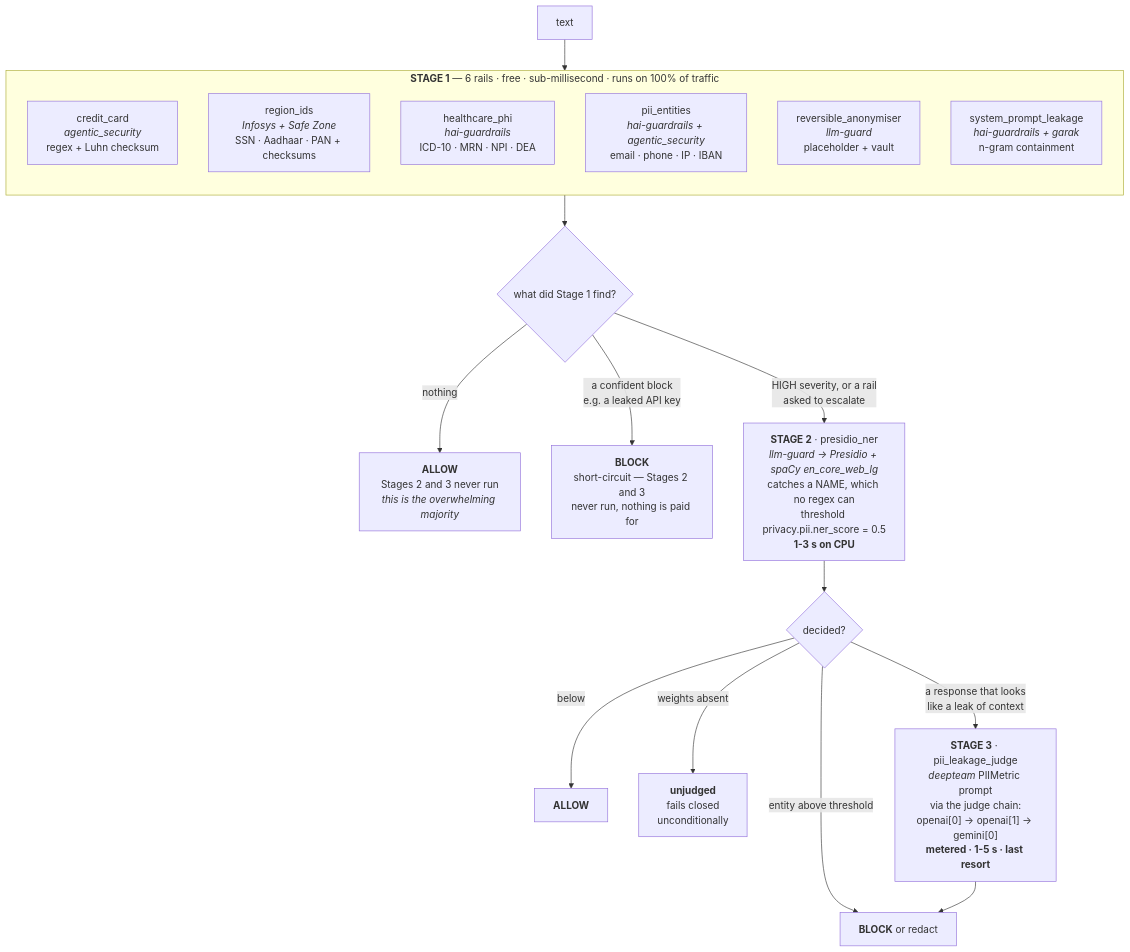
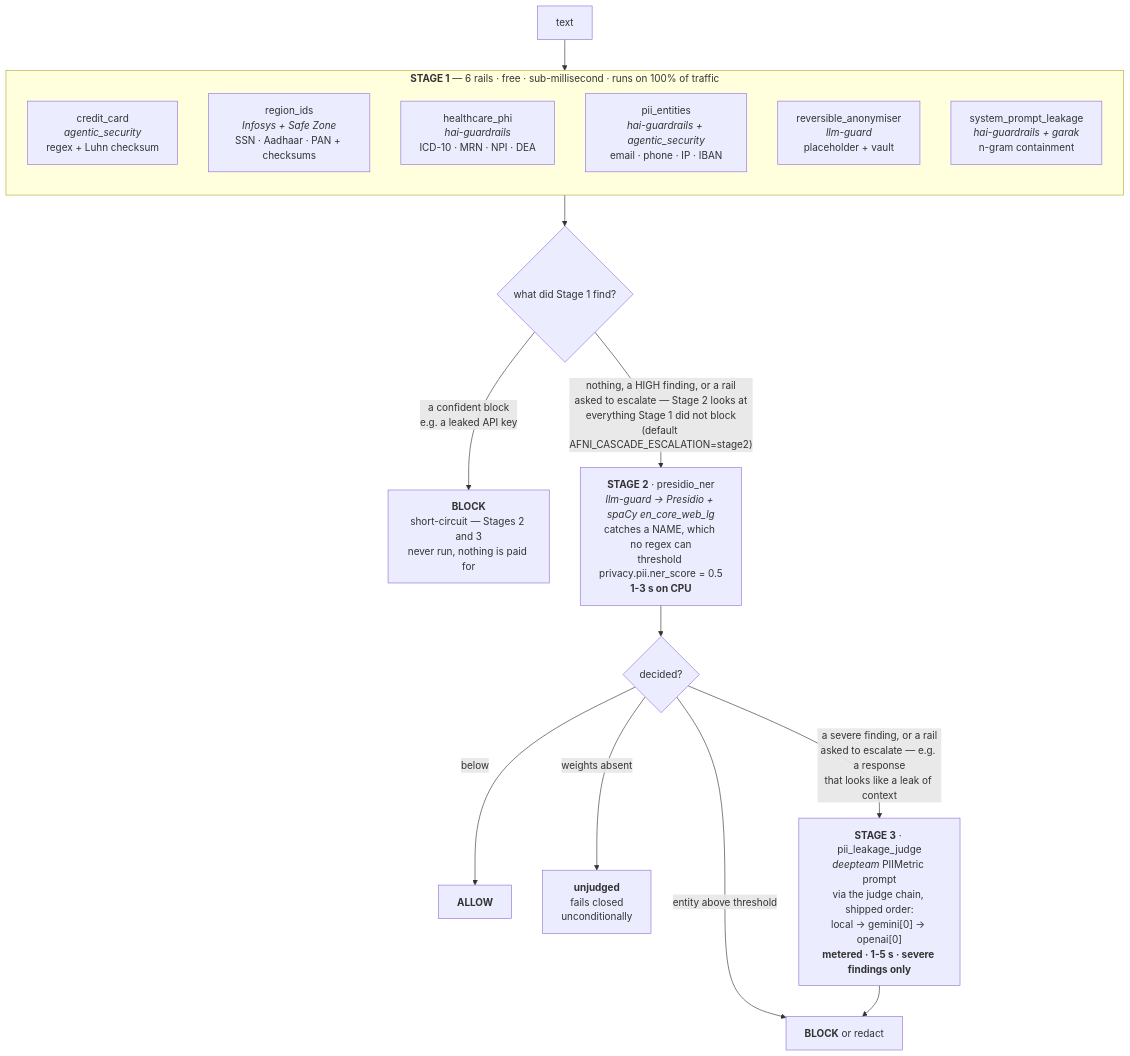
Before and after one commit to saimuthiki/RAI_AFNI: the fourth of 4 diagrams in docs/architecture.md, drawn with Mermaid. The commit also changed other lines of this file and 14 other files, not shown here.

````diff
--- a/docs/architecture.md
+++ b/docs/architecture.md
@@ -247,31 +253,30 @@
 ```mermaid
 flowchart TB
     IN["text"] --> S1
 
     subgraph S1["<b>STAGE 1</b> — 6 rails · free · sub-millisecond · runs on 100% of traffic"]
       direction TB
       A["credit_card<br/><i>agentic_security</i><br/>regex + Luhn checksum"]
       B["region_ids<br/><i>Infosys + Safe Zone</i><br/>SSN · Aadhaar · PAN + checksums"]
       C["healthcare_phi<br/><i>hai-guardrails</i><br/>ICD-10 · MRN · NPI · DEA"]
       D["pii_entities<br/><i>hai-guardrails + agentic_security</i><br/>email · phone · IP · IBAN"]
       E["reversible_anonymiser<br/><i>llm-guard</i><br/>placeholder + vault"]
       F["system_prompt_leakage<br/><i>hai-guardrails + garak</i><br/>n-gram containment"]
     end
 
     S1 --> D1{"what did Stage 1 find?"}
 
-    D1 -->|"nothing"| STOP1["<b>ALLOW</b><br/>Stages 2 and 3 never run<br/><i>this is the overwhelming majority</i>"]
     D1 -->|"a confident block<br/>e.g. a leaked API key"| STOP2["<b>BLOCK</b><br/>short-circuit — Stages 2 and 3<br/>never run, nothing is paid for"]
-    D1 -->|"HIGH severity, or a rail<br/>asked to escalate"| S2
+    D1 -->|"nothing, a HIGH finding, or a rail<br/>asked to escalate — Stage 2 looks at<br/>everything Stage 1 did not block<br/>(default AFNI_CASCADE_ESCALATION=stage2)"| S2
 
     S2["<b>STAGE 2</b> · presidio_ner<br/><i>llm-guard → Presidio + spaCy en_core_web_lg</i><br/>catches a NAME, which no regex can<br/>threshold privacy.pii.ner_score = 0.5<br/><b>1-3 s on CPU</b>"]
 
     S2 --> D2{"decided?"}
     D2 -->|"entity above threshold"| BLOCK2["<b>BLOCK</b> or redact"]
     D2 -->|"below"| ALLOW2["<b>ALLOW</b>"]
     D2 -->|"weights absent"| UNJ["<b>unjudged</b><br/>fails closed<br/>unconditionally"]
-    D2 -->|"a response that looks<br/>like a leak of context"| S3
+    D2 -->|"a severe finding, or a rail<br/>asked to escalate — e.g. a response<br/>that looks like a leak of context"| S3
 
-    S3["<b>STAGE 3</b> · pii_leakage_judge<br/><i>deepteam</i> PIIMetric prompt<br/>via the judge chain:<br/>openai[0] → openai[1] → gemini[0]<br/><b>metered · 1-5 s · last resort</b>"]
+    S3["<b>STAGE 3</b> · pii_leakage_judge<br/><i>deepteam</i> PIIMetric prompt<br/>via the judge chain, shipped order:<br/>local → gemini[0] → openai[0]<br/><b>metered · 1-5 s · severe findings only</b>"]
     S3 --> BLOCK2
 ```
````
